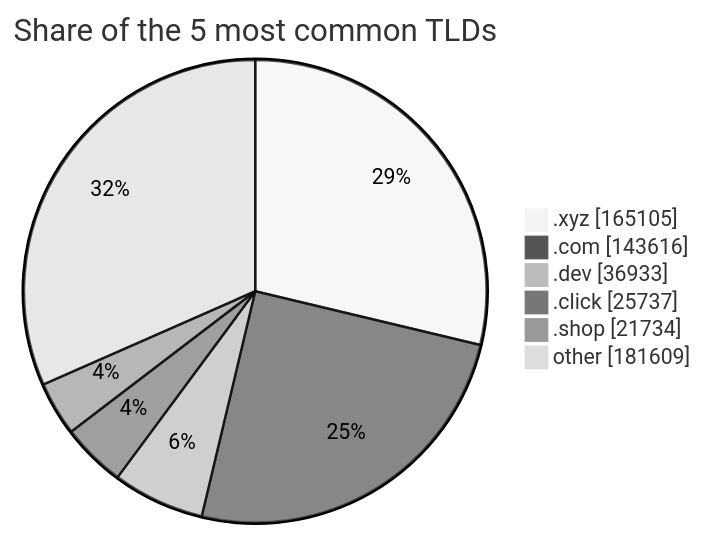
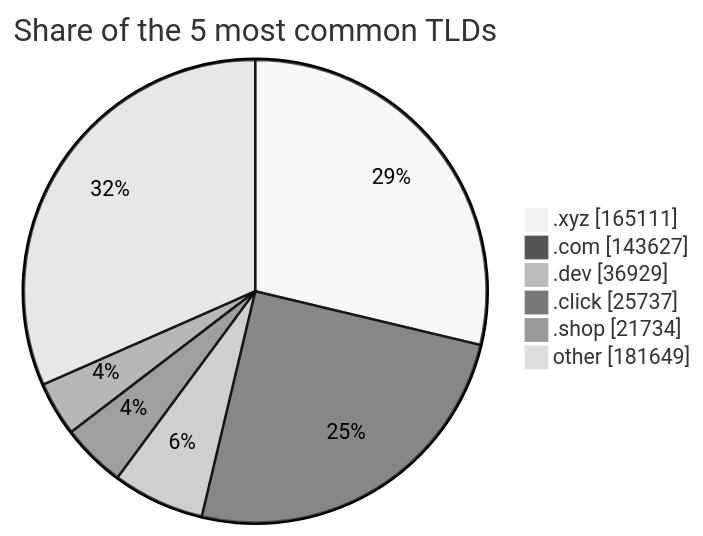
Before and after one commit to DNSBunker/CTI: the third of 3 diagrams in README.md, drawn with Mermaid (neutral theme). The commit also changed other lines of this file and 3 other files, not shown here.

````diff
--- a/README.md
+++ b/README.md
@@ -81,9 +81,9 @@
 ```mermaid
 pie showData title Share of the 5 most common TLDs
-    ".xyz" : 165105
-    ".com" : 143616
-    ".dev" : 36933
+    ".xyz" : 165111
+    ".com" : 143627
+    ".dev" : 36929
     ".click" : 25737
     ".shop" : 21734
-    "other" : 181609
+    "other" : 181649
 ```
````
